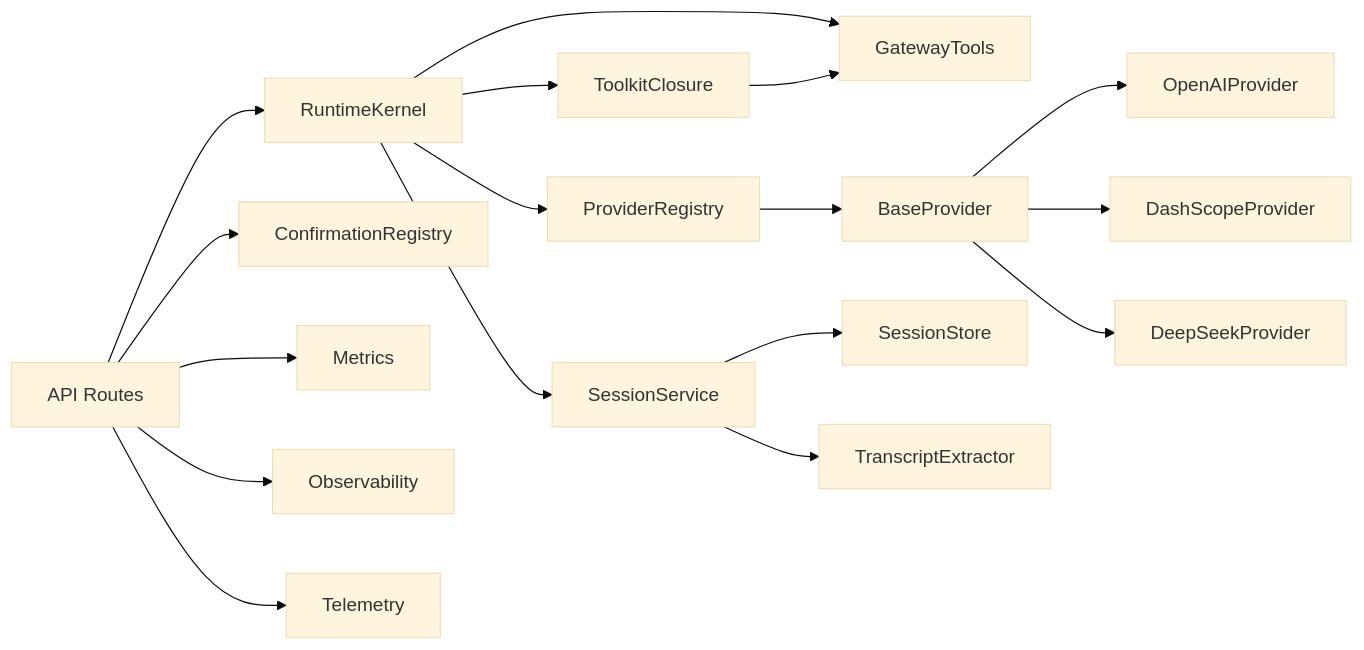
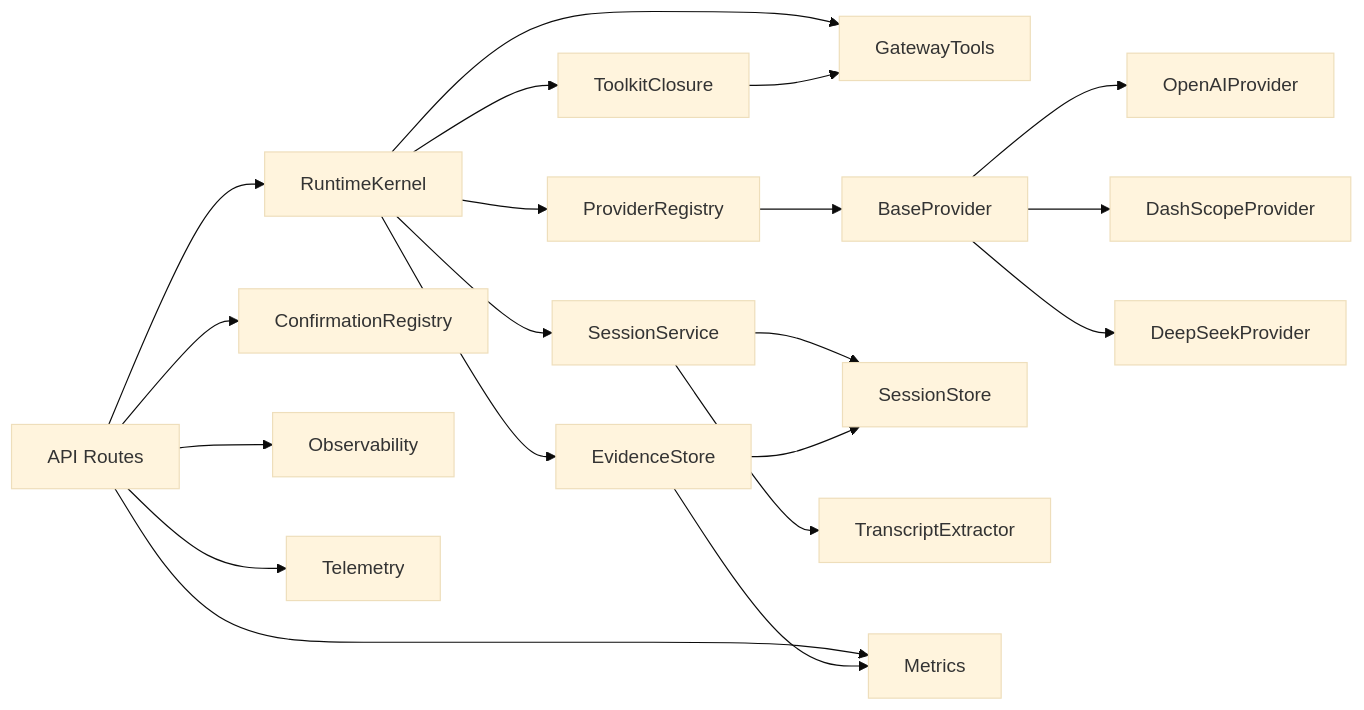
Before and after one commit to metasync/luban-aiops: diagram 21 of 21 in .qoder/repowiki/en/content/Agent Platform Service/Agent Platform Service.md, drawn with Mermaid (base theme). The commit also changed other lines of this file and 8 other files, not shown here.

````diff
--- a/.qoder/repowiki/en/content/Agent Platform Service/Agent Platform Service.md
+++ b/.qoder/repowiki/en/content/Agent Platform Service/Agent Platform Service.md
@@ -1093,19 +1248,22 @@
 ```mermaid
 graph LR
 API["API Routes"] --> Kernel["RuntimeKernel"]
 Kernel --> Session["SessionService"]
+Kernel --> Evidence["EvidenceStore"]
 Kernel --> Registry["ProviderRegistry"]
 Kernel --> Tools["GatewayTools"]
 Kernel --> Closure["ToolkitClosure"]
 Registry --> Base["BaseProvider"]
 Base --> OpenAI["OpenAIProvider"]
 Base --> DashScope["DashScopeProvider"]
 Base --> DeepSeek["DeepSeekProvider"]
 Session --> Store["SessionStore"]
 Session --> Transcript["TranscriptExtractor"]
 API --> HITL["ConfirmationRegistry"]
 API --> Metrics["Metrics"]
 API --> Obs["Observability"]
 API --> Tel["Telemetry"]
 Closure --> Tools
+Evidence --> Metrics
+Evidence --> Store
 ```
````
